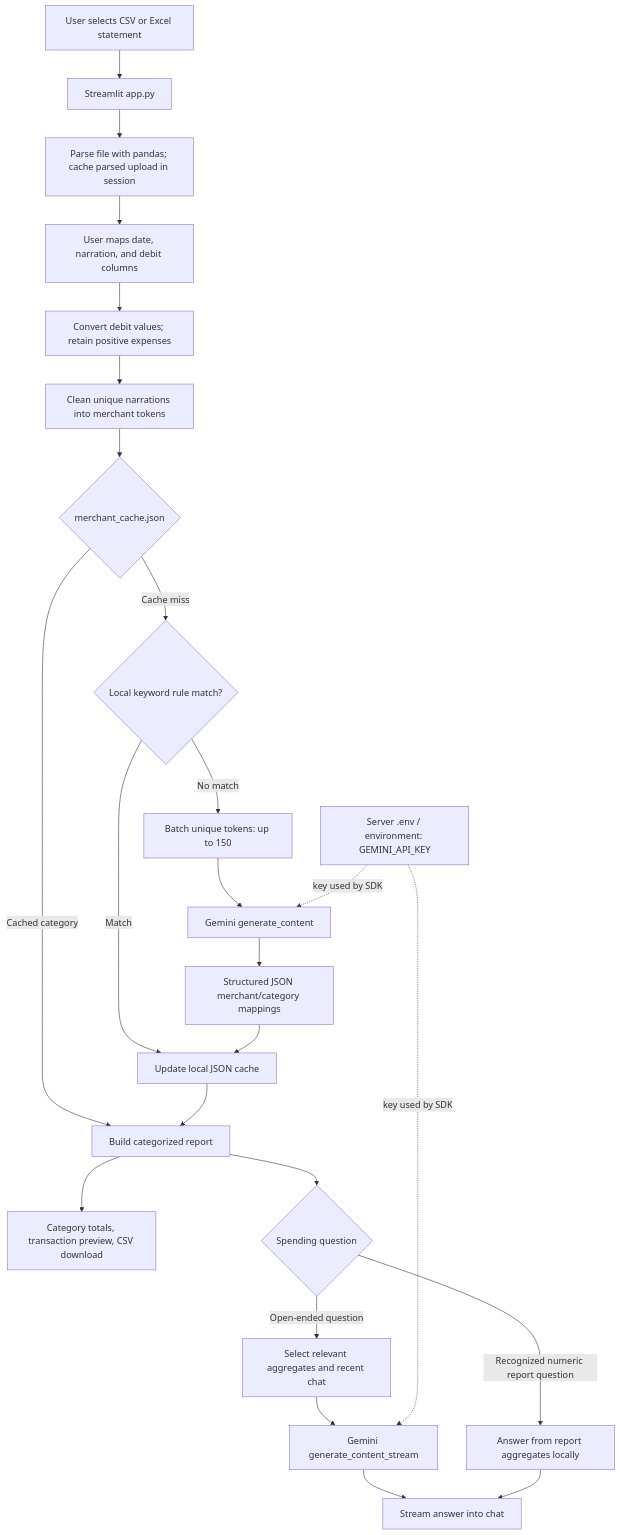
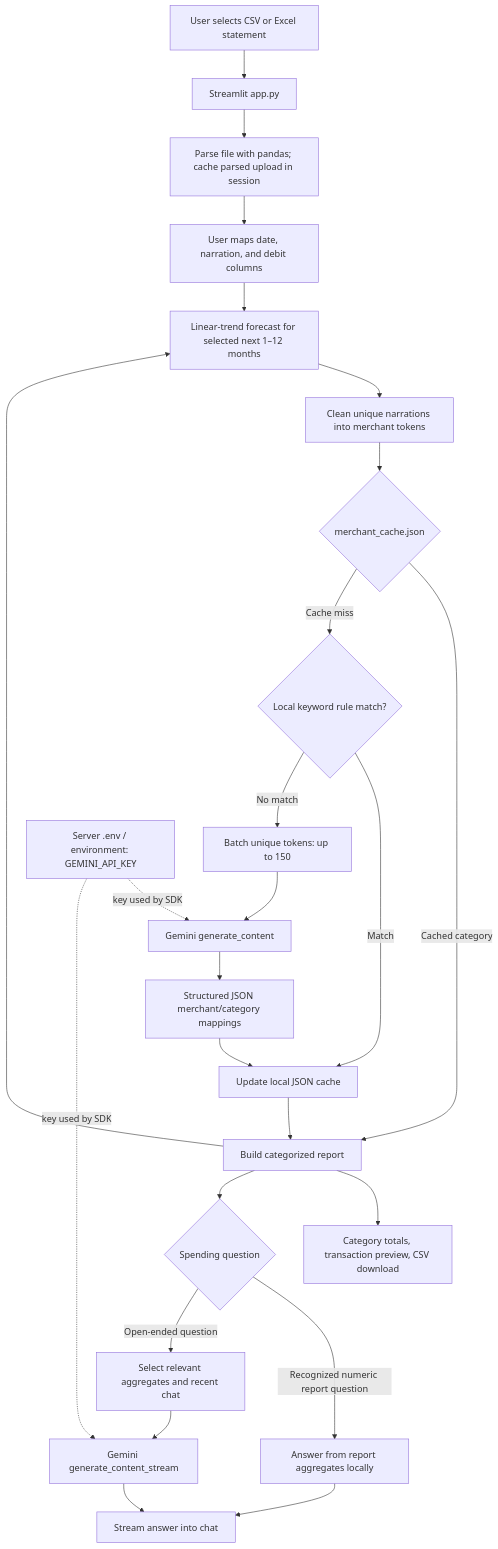
One commit to m-ilavarasan/AIExpenseTracker changed the diagram in docs/architecture.md. Above: the diagram before and after it, drawn with Mermaid. The commit also changed other lines of this file and 4 other files, not shown here.

````diff
--- a/docs/architecture.md
+++ b/docs/architecture.md
@@ -10,27 +10,28 @@
 ```mermaid
 flowchart TD
     U[User selects CSV or Excel statement] --> S[Streamlit app.py]
     S --> P[Parse file with pandas; cache parsed upload in session]
     P --> M[User maps date, narration, and debit columns]
     M --> F[Convert debit values; retain positive expenses]
     F --> C[Clean unique narrations into merchant tokens]
     C --> L{merchant_cache.json}
     L -->|Cached category| R[Build categorized report]
     L -->|Cache miss| K{Local keyword rule match?}
     K -->|Match| W[Update local JSON cache]
     K -->|No match| B[Batch unique tokens: up to 150]
     B --> G[Gemini generate_content]
     G --> J[Structured JSON merchant/category mappings]
     J --> W
     W --> R
     R --> D[Category totals, transaction preview, CSV download]
+    R --> F[Linear-trend forecast for selected next 1–12 months]
     R --> Q{Spending question}
     Q -->|Recognized numeric report question| A[Answer from report aggregates locally]
     Q -->|Open-ended question| X[Select relevant aggregates and recent chat]
     X --> T[Gemini generate_content_stream]
     T --> H[Stream answer into chat]
     A --> H
 
     ENV[Server .env / environment: GEMINI_API_KEY] -. key used by SDK .-> G
     ENV -. key used by SDK .-> T
 ```
````
